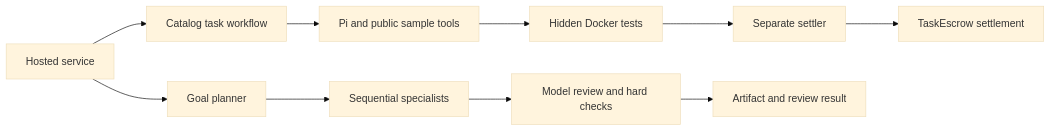
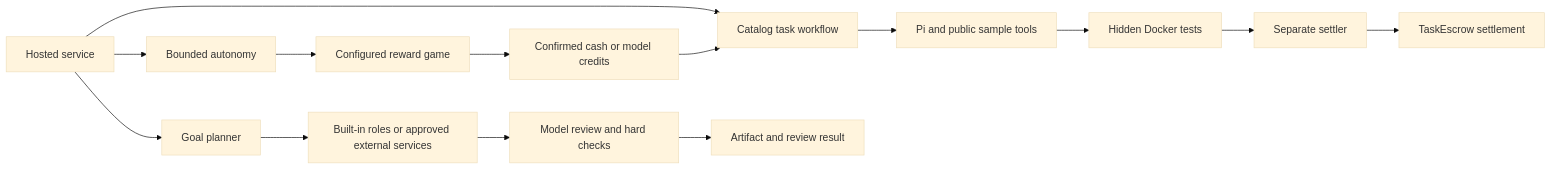
One commit to Kris77z/agentfuel changed the diagram in docs/ARCHITECTURE.md. Above: the diagram before and after it, drawn with Mermaid (base theme). The commit also changed other lines of this file and 70 other files, not shown here.

First line of the commit message:
Connect autonomous funding, external hiring and budget model routing

````diff
--- a/docs/ARCHITECTURE.md
+++ b/docs/ARCHITECTURE.md
@@ -15,12 +15,16 @@
 ```mermaid
 flowchart LR
     H[Hosted service] --> T[Catalog task workflow]
+    H --> A[Bounded autonomy]
+    A --> K[Configured reward game]
+    K --> C[Confirmed cash or model credits]
+    C --> T
     T --> P[Pi and public sample tools]
     P --> V[Hidden Docker tests]
     V --> S[Separate settler]
     S --> E[TaskEscrow settlement]
     H --> G[Goal planner]
-    G --> X[Sequential specialists]
+    G --> X[Built-in roles or approved external services]
     X --> R[Model review and hard checks]
     R --> D[Artifact and review result]
 ```
````
